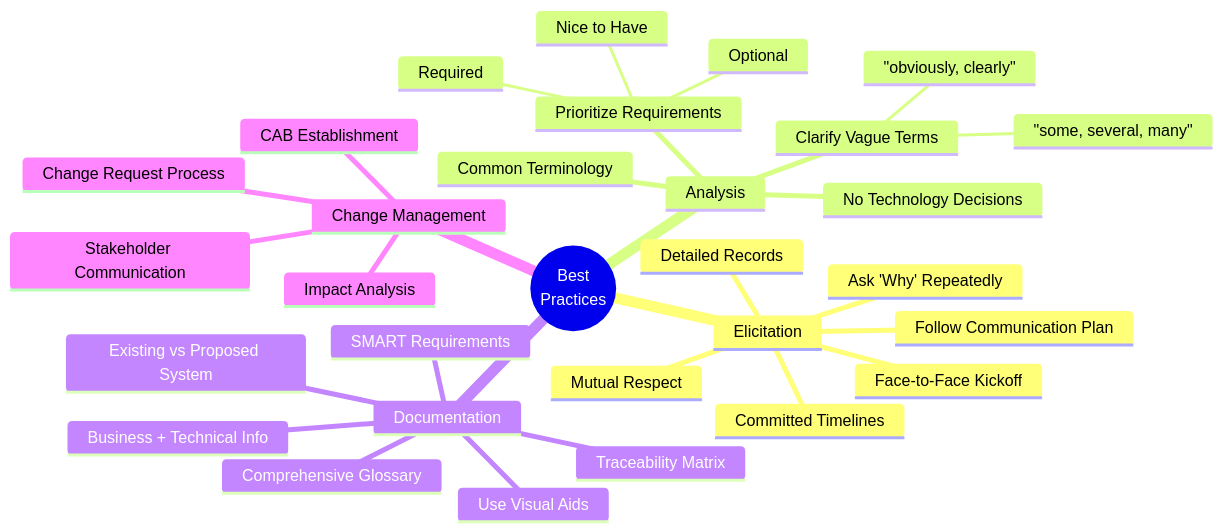
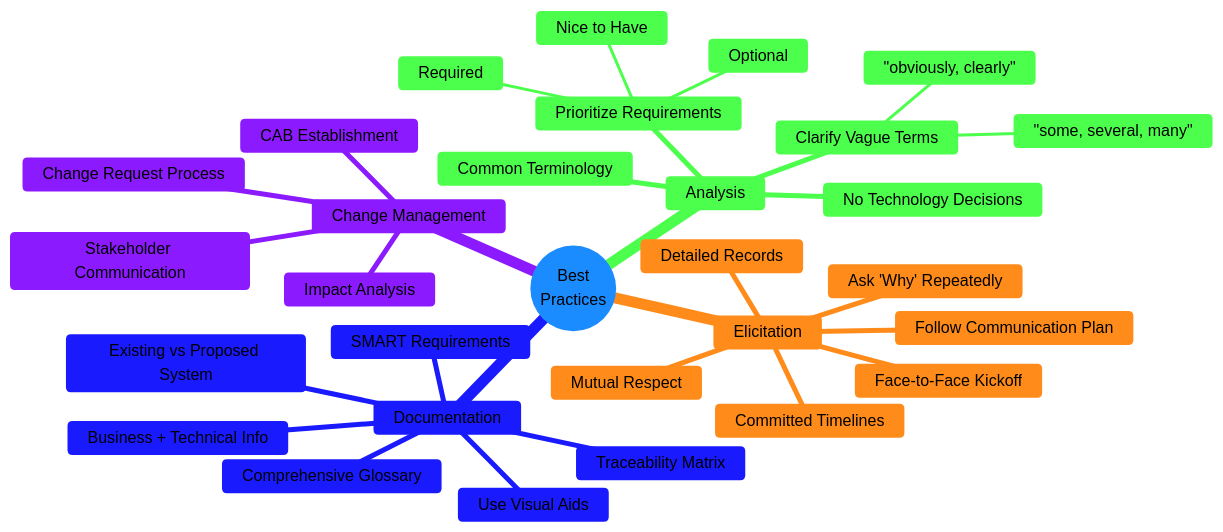
Before and after one commit to gitpavleenbali/DevOps-PPT-People-Processes-and-Tools: diagram 15 of 39 in Requirement Management/RequirementManagement.md, drawn with Mermaid. The commit also changed other lines of this file, not shown here.

Commit message:
Fix diagram text visibility

````diff
--- a/Requirement Management/RequirementManagement.md
+++ b/Requirement Management/RequirementManagement.md
@@ -568,33 +571,34 @@
 ```mermaid
+%%{init: {'theme':'base', 'themeVariables': { 'primaryColor':'#99ccff','primaryTextColor':'#000','primaryBorderColor':'#000','lineColor':'#000','secondaryColor':'#ffcc99','tertiaryColor':'#ccffcc'}}}%%
 mindmap
   root((Best<br/>Practices))
     Elicitation
       Follow Communication Plan
       Mutual Respect
       Committed Timelines
       Detailed Records
       Ask 'Why' Repeatedly
       Face-to-Face Kickoff
     Analysis
       Clarify Vague Terms
         "some, several, many"
         "obviously, clearly"
       No Technology Decisions
       Common Terminology
       Prioritize Requirements
         Required
         Nice to Have
         Optional
     Documentation
       Use Visual Aids
       Comprehensive Glossary
       Business + Technical Info
       Existing vs Proposed System
       SMART Requirements
       Traceability Matrix
     Change Management
       CAB Establishment
       Change Request Process
       Impact Analysis
       Stakeholder Communication
 ```
````
